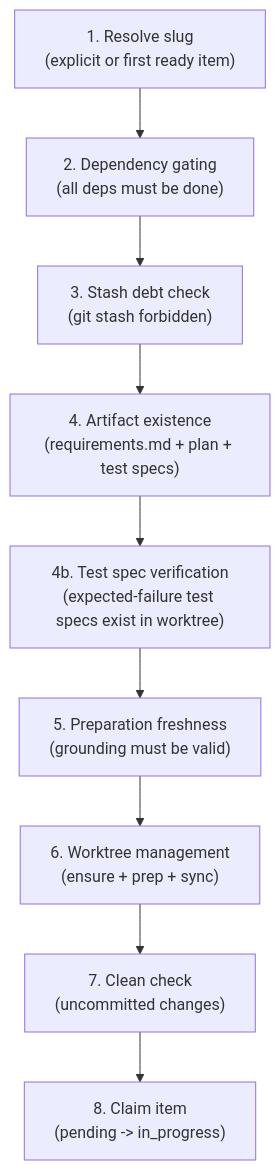
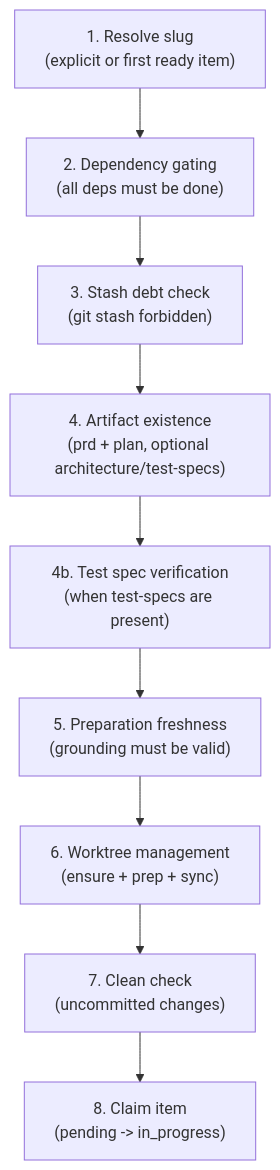
Before and after one commit to InstruktAI/TeleClaude: the third of 5 diagrams in docs/project/design/architecture/work-state-machine.md, drawn with Mermaid. The commit also changed other lines of this file and 19 other files, not shown here.

Commit message:
docs(work): align work artifacts with PRD prepare flow

````diff
--- a/docs/project/design/architecture/work-state-machine.md
+++ b/docs/project/design/architecture/work-state-machine.md
@@ -166,14 +167,14 @@
 ```mermaid
 flowchart TD
     P1["1. Resolve slug<br/>(explicit or first ready item)"]
     P2["2. Dependency gating<br/>(all deps must be done)"]
     P3["3. Stash debt check<br/>(git stash forbidden)"]
-    P4["4. Artifact existence<br/>(requirements.md + plan + test specs)"]
-    P4b["4b. Test spec verification<br/>(expected-failure test specs exist in worktree)"]
+    P4["4. Artifact existence<br/>(prd + plan, optional architecture/test-specs)"]
+    P4b["4b. Test spec verification<br/>(when test-specs are present)"]
     P5["5. Preparation freshness<br/>(grounding must be valid)"]
     P6["6. Worktree management<br/>(ensure + prep + sync)"]
     P7["7. Clean check<br/>(uncommitted changes)"]
     P8["8. Claim item<br/>(pending -> in_progress)"]
 
     P1 --> P2 --> P3 --> P4 --> P4b --> P5 --> P6 --> P7 --> P8
 ```
````
